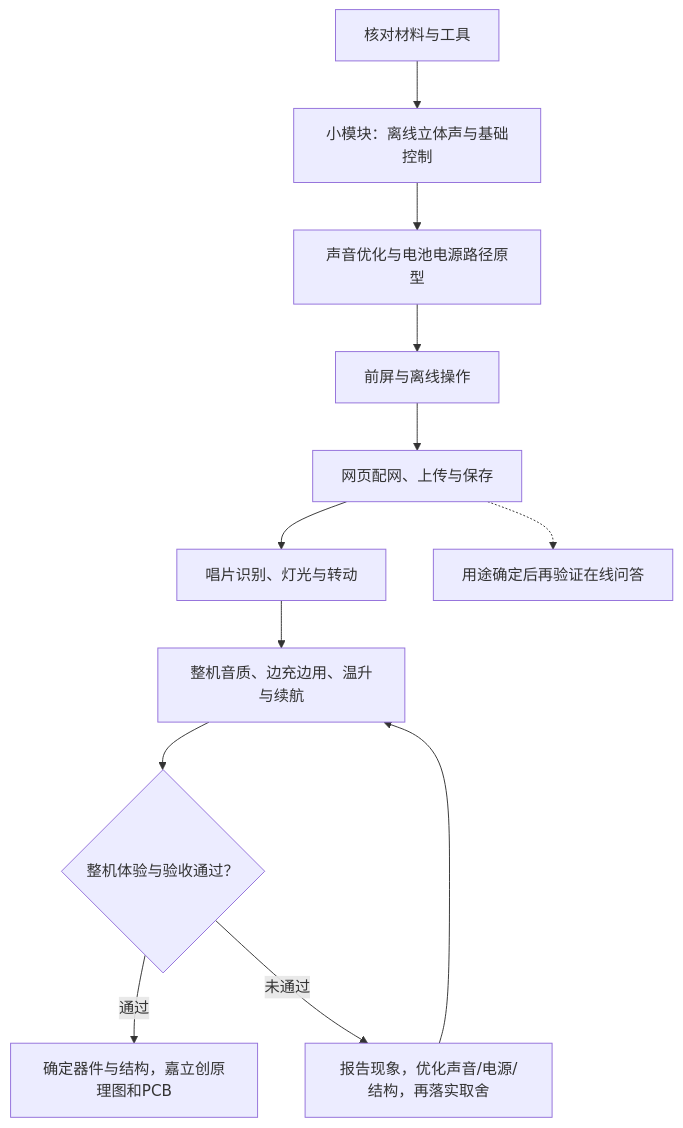
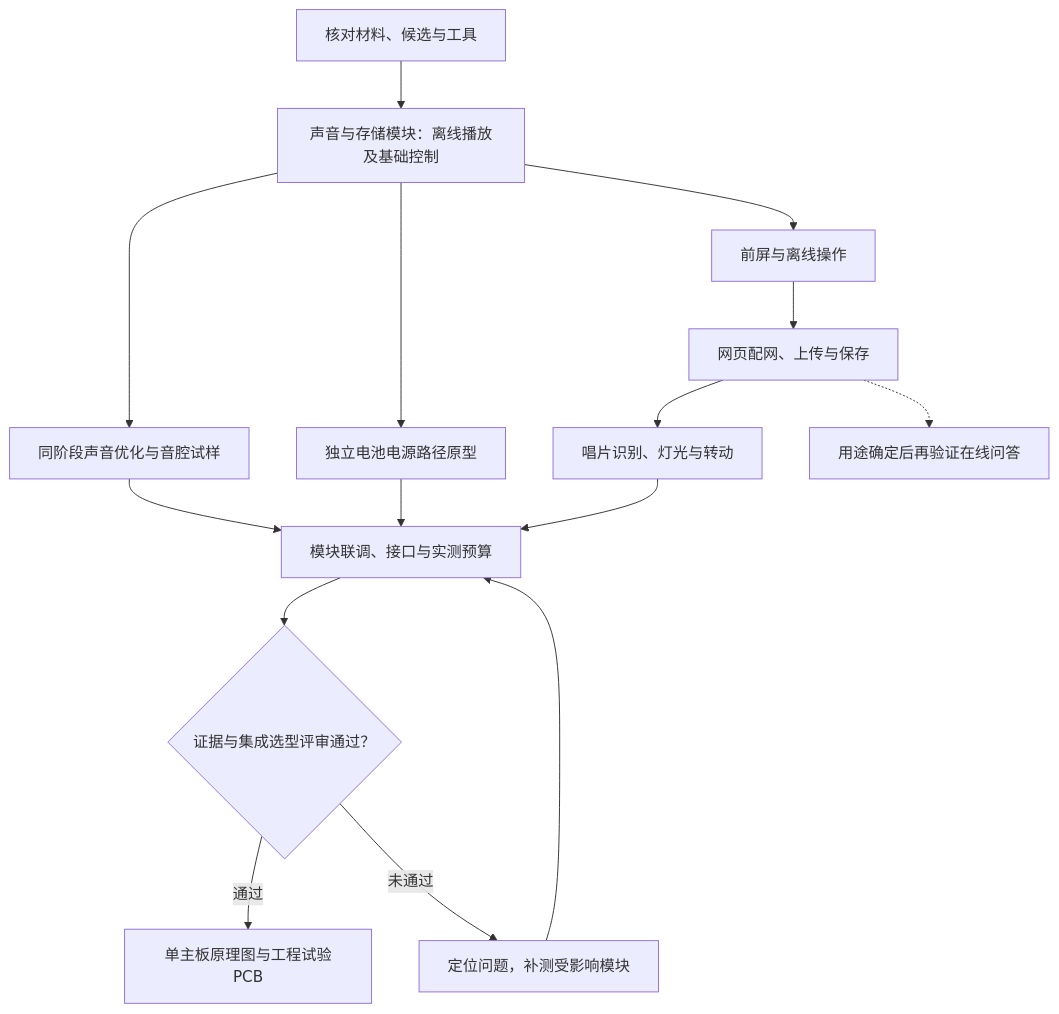
Before and after one commit to yigencong-1/record-companion: the fifth of 5 diagrams in docs/next-stage-plan.md, drawn with Mermaid. The commit also changed other lines of this file and 9 other files, not shown here.

````diff
--- a/docs/next-stage-plan.md
+++ b/docs/next-stage-plan.md
@@ -200,14 +204,17 @@
 ```mermaid
 flowchart TD
-    A["核对材料与工具"] --> B["小模块：离线立体声与基础控制"]
-    B --> Q["声音优化与电池电源路径原型"]
-    Q --> C["前屏与离线操作"]
+    A["核对材料、候选与工具"] --> B["声音与存储模块：离线播放及基础控制"]
+    B --> Q["同阶段声音优化与音腔试样"]
+    B --> P["独立电池电源路径原型"]
+    B --> C["前屏与离线操作"]
     C --> D["网页配网、上传与保存"]
     D --> E["唱片识别、灯光与转动"]
-    E --> F["整机音质、边充边用、温升与续航"]
+    E --> F["模块联调、接口与实测预算"]
+    Q --> F
+    P --> F
     D -.-> AI["用途确定后再验证在线问答"]
-    F --> G{"整机体验与验收通过？"}
-    G -->|"通过"| H["确定器件与结构，嘉立创原理图和PCB"]
-    G -->|"未通过"| I["报告现象，优化声音/电源/结构，再落实取舍"]
+    F --> G{"证据与集成选型评审通过？"}
+    G -->|"通过"| H["单主板原理图与工程试验PCB"]
+    G -->|"未通过"| I["定位问题，补测受影响模块"]
     I --> F
 ```
````
